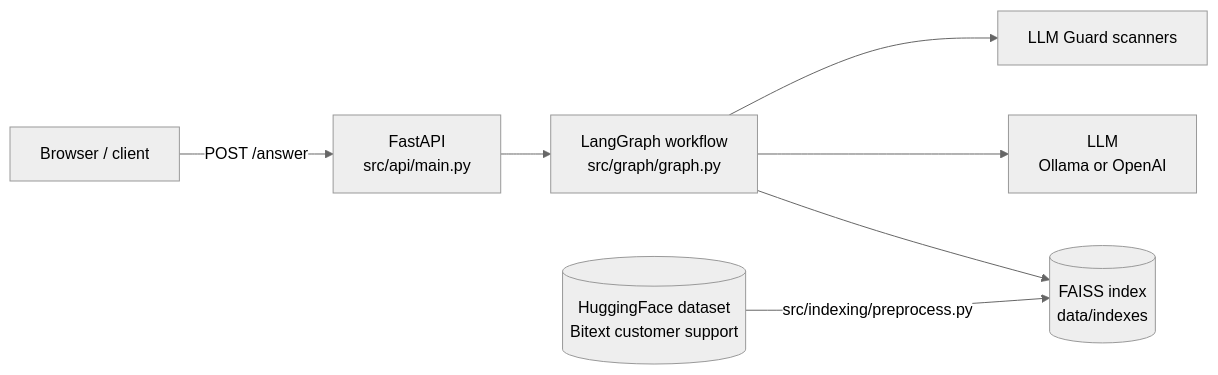
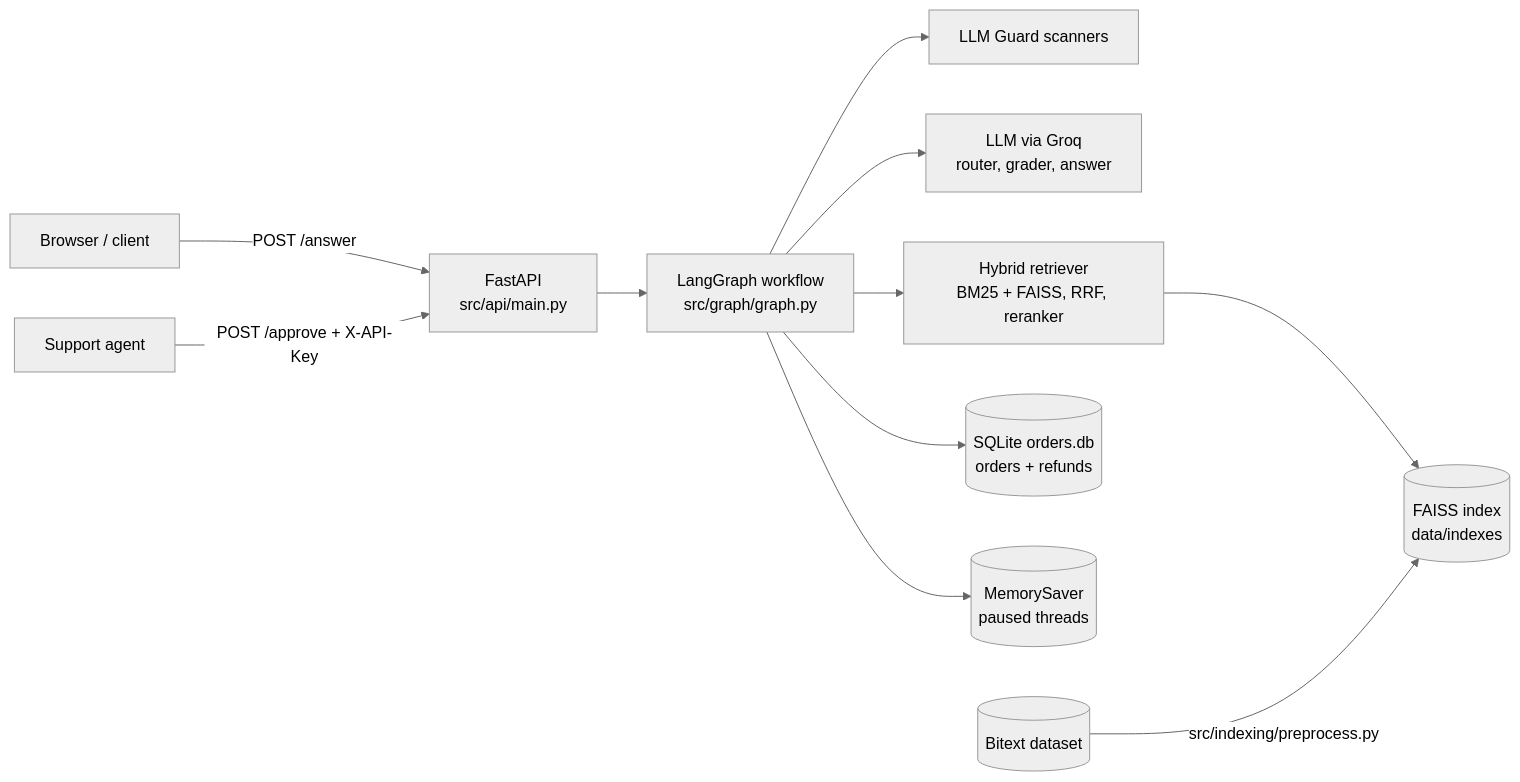
The first of 4 diagrams in README.md (Shaheen2504/rag-support-system), drawn with Mermaid (neutral theme) before and after one commit. The commit also changed other lines of this file and 27 other files, not shown here.

First line of the commit message:
Complete agentic RAG support workflow and evaluation

````diff
--- a/README.md
+++ b/README.md
@@ -9,9 +16,13 @@
 ```mermaid
 flowchart LR
-    U[Browser / client] -->|POST /answer| API[FastAPI<br/>src/api/main.py]
-    API --> G[LangGraph workflow<br/>src/graph/graph.py]
-    G --> F[(FAISS index<br/>data/indexes)]
-    G --> L[LLM<br/>Ollama or OpenAI]
-    G --> LG[LLM Guard scanners]
-    HF[(HuggingFace dataset<br/>Bitext customer support)] -->|src/indexing/preprocess.py| F
+    U["Browser / client"] -->|"POST /answer"| API["FastAPI<br/>src/api/main.py"]
+    AG["Support agent"] -->|"POST /approve + X-API-Key"| API
+    API --> G["LangGraph workflow<br/>src/graph/graph.py"]
+    G --> LG["LLM Guard scanners"]
+    G --> L["LLM via Groq<br/>router, grader, answer"]
+    G --> R["Hybrid retriever<br/>BM25 + FAISS, RRF, reranker"]
+    R --> F[("FAISS index<br/>data/indexes")]
+    G --> DB[("SQLite orders.db<br/>orders + refunds")]
+    G --> CP[("MemorySaver<br/>paused threads")]
+    HF[("Bitext dataset")] -->|"src/indexing/preprocess.py"| F
 ```
````
